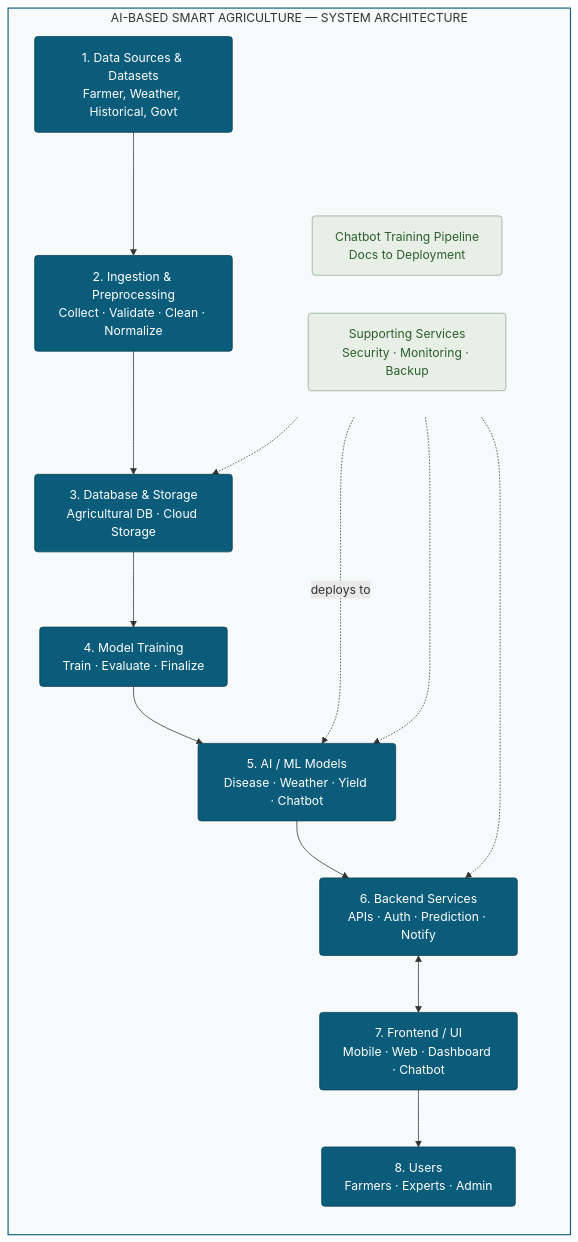
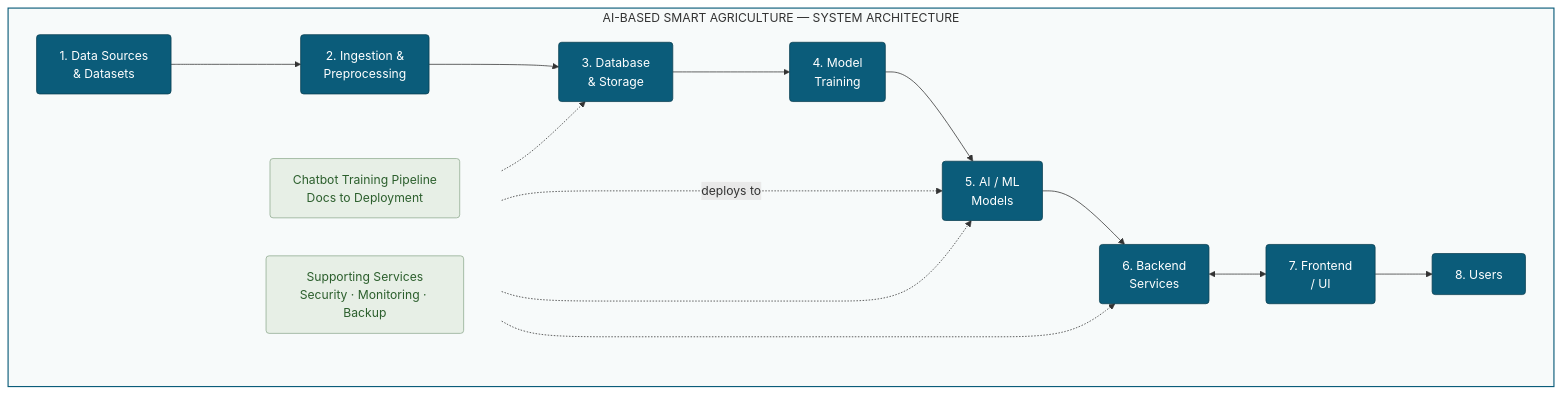
Before and after one commit to mohinideshmukh765/FarmGuide: the diagram in README.md, drawn with Mermaid.

Commit message:
Update flowchart direction and labels in README

````diff
--- a/README.md
+++ b/README.md
@@ -1,39 +1,39 @@
 ```mermaid
-flowchart TD
+flowchart LR
   subgraph SYS["AI-BASED SMART AGRICULTURE — SYSTEM ARCHITECTURE"]
-    direction TB
+    direction LR
 
-    A["1. Data Sources & Datasets<br/>Farmer, Weather, Historical, Govt"]
-    B["2. Ingestion & Preprocessing<br/>Collect · Validate · Clean · Normalize"]
-    C["3. Database & Storage<br/>Agricultural DB · Cloud Storage"]
-    D["4. Model Training<br/>Train · Evaluate · Finalize"]
-    E["5. AI / ML Models<br/>Disease · Weather · Yield · Chatbot"]
-    F["6. Backend Services<br/>APIs · Auth · Prediction · Notify"]
-    G["7. Frontend / UI<br/>Mobile · Web · Dashboard · Chatbot"]
-    H["8. Users<br/>Farmers · Experts · Admin"]
+    A["1. Data Sources<br/>& Datasets"]
+    B["2. Ingestion &<br/>Preprocessing"]
+    C["3. Database<br/>& Storage"]
+    D["4. Model<br/>Training"]
+    E["5. AI / ML<br/>Models"]
+    F["6. Backend<br/>Services"]
+    G["7. Frontend<br/>/ UI"]
+    H["8. Users"]
 
     A --> B --> C --> D --> E --> F
     F <--> G
     G --> H
 
     subgraph SIDE[" "]
       direction LR
       CTP["Chatbot Training Pipeline<br/>Docs to Deployment"]
       SUP["Supporting Services<br/>Security · Monitoring · Backup"]
     end
 
     CTP -.->|deploys to| E
     SUP -.-> C
     SUP -.-> E
     SUP -.-> F
   end
 
   classDef block fill:#0B5C7A,color:#fff,stroke:#083F51,stroke-width:1px,rx:4,ry:4;
   classDef side fill:#E7EFE6,color:#2C5F2D,stroke:#8FA98F,stroke-width:1px,rx:4,ry:4;
   classDef container fill:#F7FAFA,stroke:#0B5C7A,stroke-width:1.5px;
 
   class A,B,C,D,E,F,G,H block;
   class CTP,SUP side;
   class SYS container;
   style SIDE fill:none,stroke:none;
 ```
````
